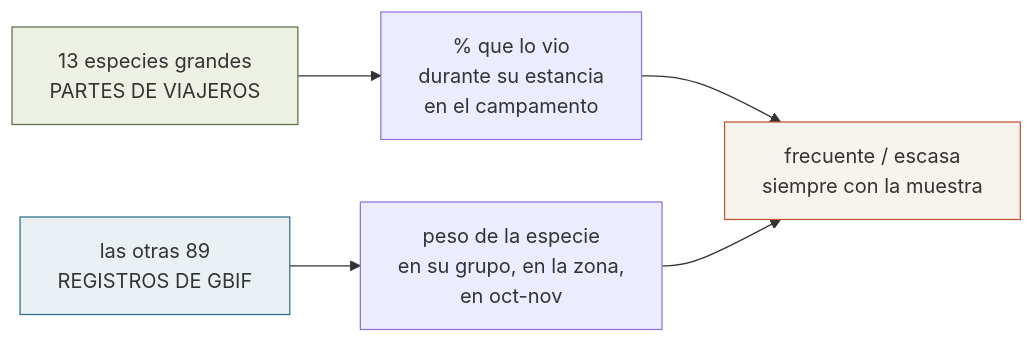
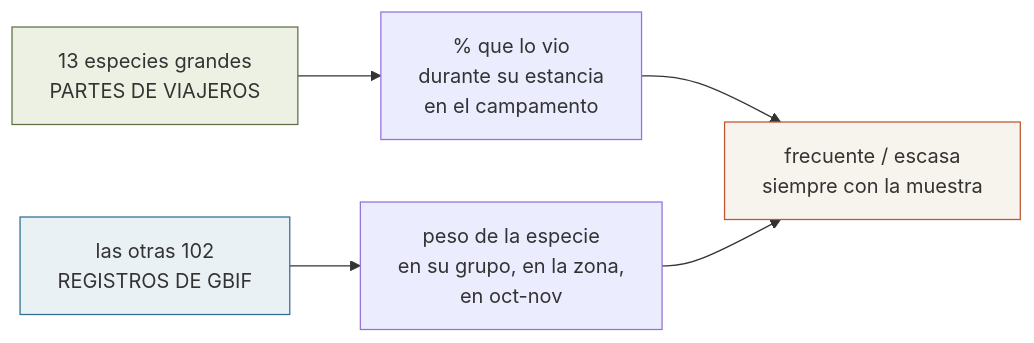
One commit to morandeirachema/namibia changed the diagram in 09-fauna-etosha.md. Above: the diagram before and after it, drawn with Mermaid. The commit also changed other lines of this file and 24 other files, not shown here.

````diff
--- a/09-fauna-etosha.md
+++ b/09-fauna-etosha.md
@@ -46,10 +48,10 @@
 ```mermaid
 flowchart LR
     A["13 especies grandes<br/>PARTES DE VIAJEROS"] --> A1["% que lo vio<br/>durante su estancia<br/>en el campamento"]
-    B["las otras 89<br/>REGISTROS DE GBIF"] --> B1["peso de la especie<br/>en su grupo, en la zona,<br/>en oct-nov"]
+    B["las otras 102<br/>REGISTROS DE GBIF"] --> B1["peso de la especie<br/>en su grupo, en la zona,<br/>en oct-nov"]
     A1 --> C["frecuente / escasa<br/>siempre con la muestra"]
     B1 --> C
     style A fill:#EDF1E4,stroke:#5F7043
     style B fill:#EAF1F5,stroke:#2F6E8E
     style C fill:#F7F4ED,stroke:#C2542F
 ```
````
